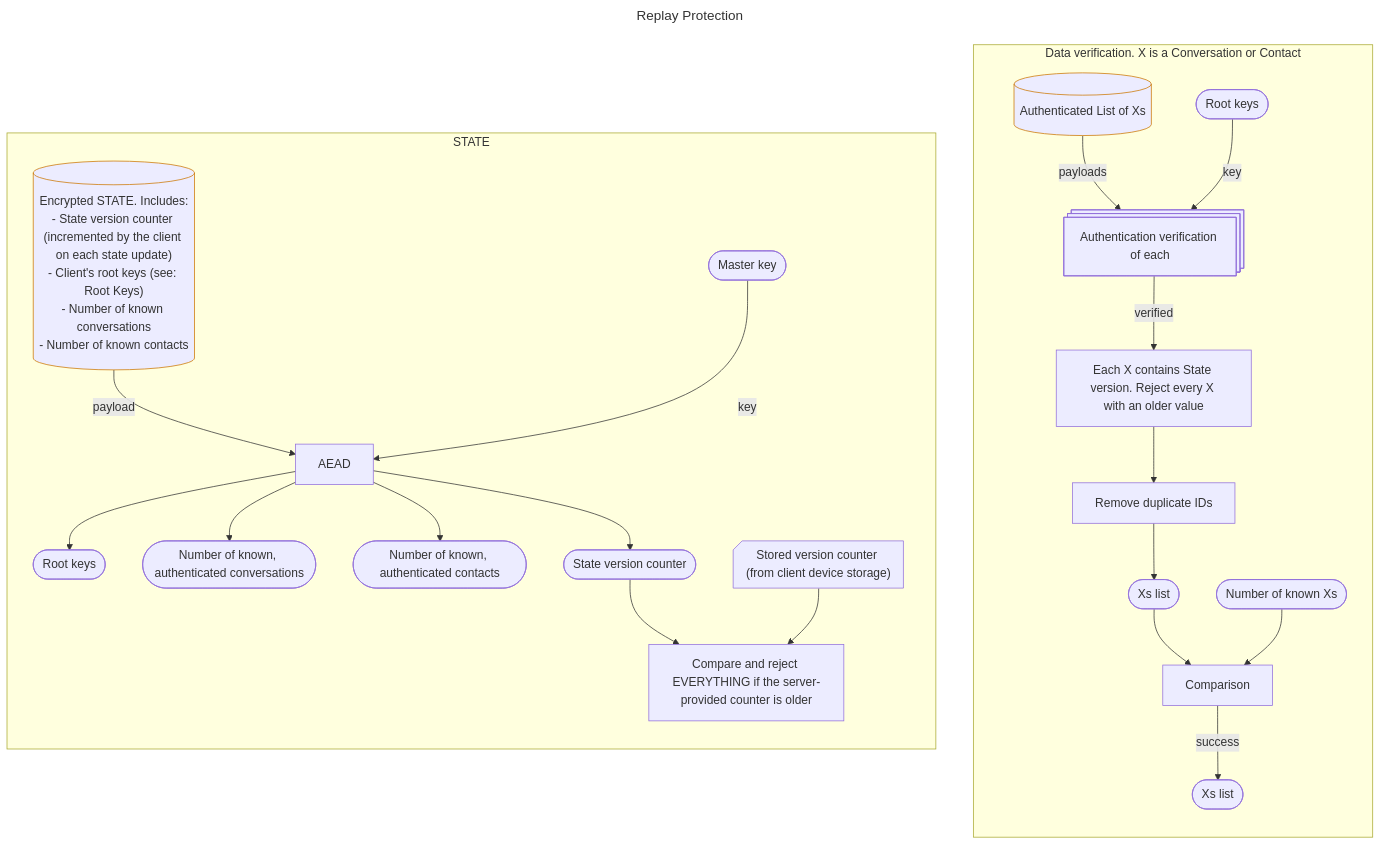
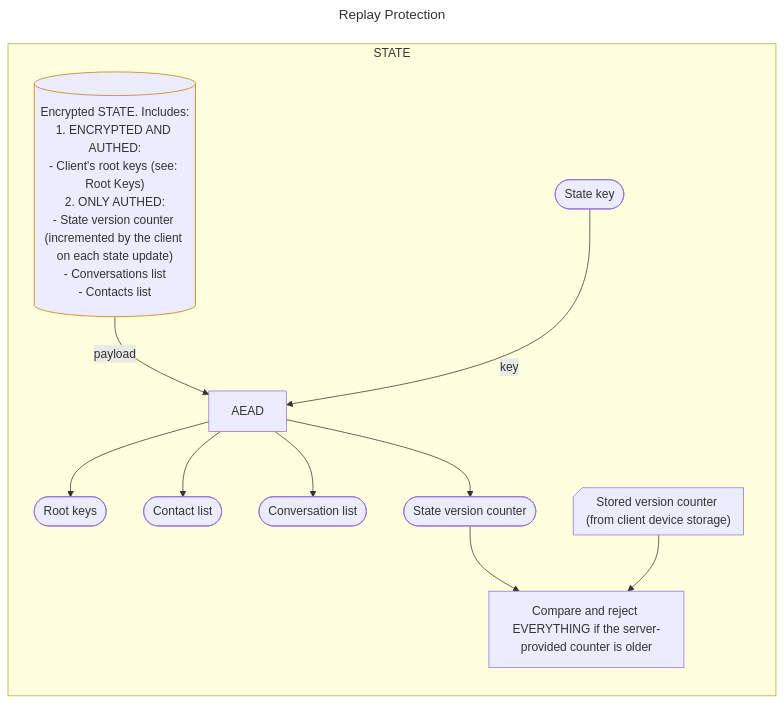
The diagram in crypto-protocol/replay-protection.mmd (noIdeaForTheUsername/chat), drawn with Mermaid before and after one commit. The commit also changed 4 other files, not shown here.

```diff
--- a/crypto-protocol/replay-protection.mmd
+++ b/crypto-protocol/replay-protection.mmd
@@ -1,54 +1,58 @@
 ---
 title: Replay Protection
 ---
 %% This refers to the server's ability to serve the client with an old state. The message replays are avoided by message numbers and not described here.
 flowchart TB
   classDef serverStored stroke:#C70
 
-  subgraph "Data verification. X is a Conversation or Contact"
-    direction TB
-    %% Server
-    authedData[("Authenticated List of Xs")]
-    class authedData serverStored
-    authedData -->|payloads| authedConvsVerif
+  %% subgraph "Data verification. X is a Conversation or Contact"
+  %%   direction TB
+  %%   %% Server
+  %%   authedData[("Authenticated List of Xs")]
+  %%   class authedData serverStored
+  %%   authedData -->|payloads| authedConvsVerif
 
   
-    %% Conversation list verification
-    rootKeys2(["Root keys"]) -->|key| authedConvsVerif
-    authedConvsVerif@{ shape: "processes", label: "Authentication verification of each" }
-      -->|verified| rejectWrongVersion["Each X contains State version. Reject every X with an older value"]
-    rejectWrongVersion --> removeDuplicateConvs["Remove duplicate IDs"]
-    removeDuplicateConvs --> convs(["Xs list"])
-    convs --> convsNumberComparison
-    convsNumber2(["Number of known Xs"]) --> convsNumberComparison["Comparison"]
-    convsNumberComparison -->|success| verifiedConvs(["Xs list"])
-  end
+  %%   %% Conversation list verification
+  %%   rootKeys2(["Root keys"]) -->|key| authedConvsVerif
+  %%   authedConvsVerif@{ shape: "processes", label: "Authentication verification of each" }
+  %%     -->|verified| rejectWrongVersion["Each X contains State version. Reject every X with an older value"]
+  %%   rejectWrongVersion --> removeDuplicateConvs["Remove duplicate IDs"]
+  %%   removeDuplicateConvs --> convs(["Xs list"])
+  %%   convs --> convsNumberComparison
+  %%   convsNumber2(["Number of known Xs"]) --> convsNumberComparison["Comparison"]
+  %%   convsNumberComparison -->|success| verifiedConvs(["Xs list"])
+  %% end
 
 
   subgraph STATE
     direction TB
     %% Server
     %% The 'State' is an object encrypted and authenticated (using Master Key) by the client containing the client's keys
     %% and important informaction about their data. It provides partial prevention against the server replaying an entire old state from the past.
     encryptedState[("`Encrypted STATE. Includes:
+    1. ENCRYPTED AND AUTHED:
+    - Client's root keys (see: Root Keys)
+    2. ONLY AUTHED:
     - State version counter (incremented by the client on each state update)
-    - Client's root keys (see: Root Keys)
-    - Number of known conversations
-    - Number of known contacts`")]
+    - Conversations list
+    - Contacts list`")]
     class encryptedState serverStored
     encryptedState -->|payload| stateAead
 
     %% Master key
-    masterKey(["Master key"])
+    stateKey(["State key"])
 
     %% State
-    masterKey -->|key| stateAead["AEAD"]
+    stateKey -->|key| stateAead["AEAD"]
     stateAead --> rootKeys(["Root keys"])
-    stateAead --> convsNumber(["Number of known, authenticated conversations"])
-    stateAead --> contactsNumber(["Number of known, authenticated contacts"])
+    stateAead --> contactList(["Contact list"])
+    stateAead --> convList(["Conversation list"])
+    %% stateAead --> convsNumber(["Number of known, authenticated conversations"])
+    %% stateAead --> contactsNumber(["Number of known, authenticated contacts"])
     stateAead --> versionCounter(["State version counter"])
 
     %% State verification
     versionCounter --> versionComparison["Compare and reject EVERYTHING if the server-provided counter is older"]
     storedVersionCounter@{ shape: "card", label: "Stored version counter (from client device storage)"} --> versionComparison
   end
```
